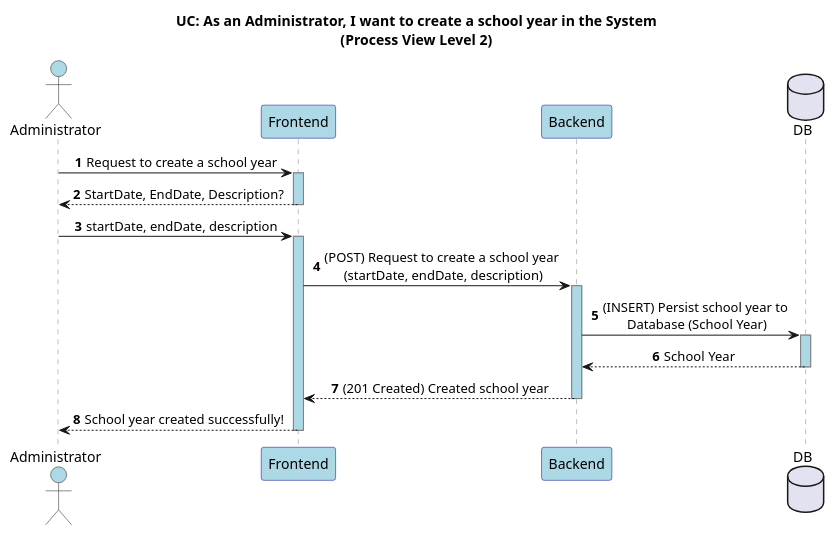
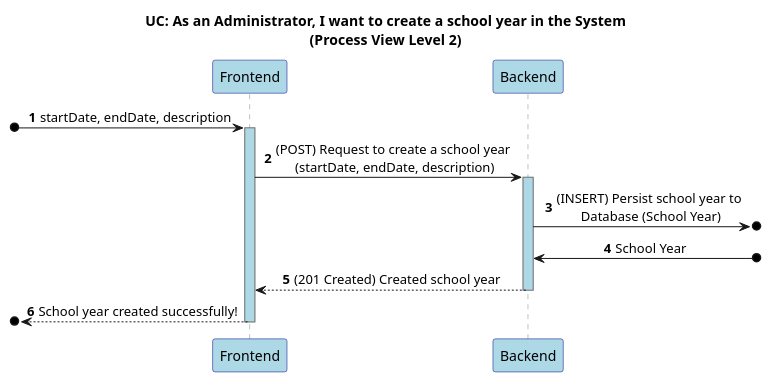
Before and after one commit to GasparISEP/DevOps-PAI: the diagram in docs/US07/Sprint6/Process View/Level2-REST.puml, drawn with PlantUML.

Commit message:
Updated Process View Level 2 for SchoolYearAggregate to focus on the system. ref #519

```diff
--- a/docs/US07/Sprint6/Process View/Level2-REST.puml
+++ b/docs/US07/Sprint6/Process View/Level2-REST.puml
@@ -1,34 +1,31 @@
 @startuml
 autonumber
 
 title UC: As an Administrator, I want to create a school year in the System\n(Process View Level 2)
 
 skinparam {
     SequenceLifeLineBorderColor gray
     SequenceParticipantBorderColor darkblue
     DefaultTextAlignment center
 }
 
-actor Administrator as Admin #lightblue
+
 participant "Frontend" as FE #lightblue
 participant "Backend" as BE #lightblue
-database DB
 
-Admin -> FE: Request to create a school year
-activate FE #lightblue
-FE --> Admin: StartDate, EndDate, Description?
-deactivate FE #lightblue
-Admin -> FE: startDate, endDate, description
+
+
+[o-> FE: startDate, endDate, description
 activate FE #lightblue
 FE -> BE : (POST) Request to create a school year \n(startDate, endDate, description)
 activate BE #lightblue
-BE -> DB: (INSERT) Persist school year to \nDatabase (School Year)
-activate DB #lightblue
-DB --> BE: School Year
-deactivate DB #lightblue
+BE ->o]: (INSERT) Persist school year to \nDatabase (School Year)
+
+BE <-o]: School Year
+
 BE --> FE: (201 Created) Created school year
 deactivate BE #lightblue
-FE --> Admin: School year created successfully!
+[o<-- FE: School year created successfully!
 deactivate FE #lightblue
 
 @enduml
```
